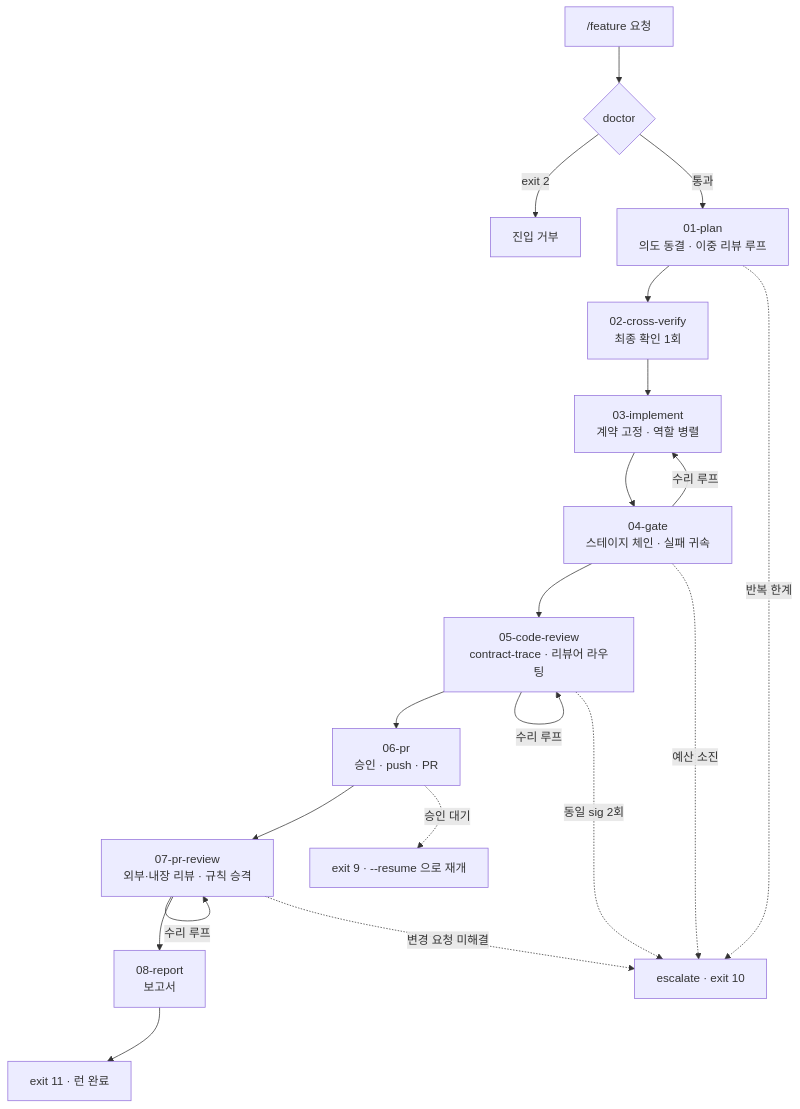
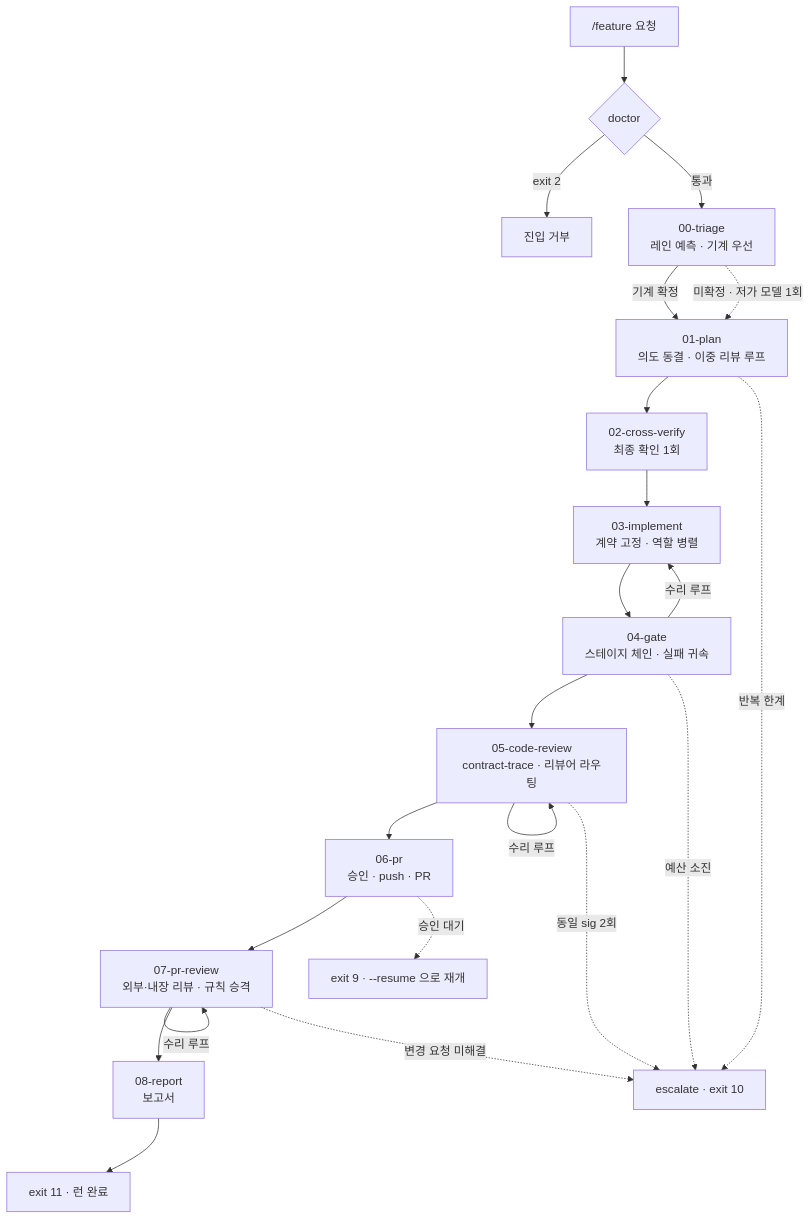
One commit to hyuham1335-stack/harness-template changed the first of 3 diagrams in docs/harness/pipeline/team-spec.md. Above: the diagram before and after it, drawn with Mermaid. The commit also changed other lines of this file and 22 other files, not shown here.

````diff
--- a/docs/harness/pipeline/team-spec.md
+++ b/docs/harness/pipeline/team-spec.md
@@ -53,23 +53,25 @@
 ```mermaid
 flowchart TD
     REQ["/feature 요청"] --> DOC{"doctor"}
     DOC -->|exit 2| STOP["진입 거부"]
-    DOC -->|통과| P1["01-plan<br/>의도 동결 · 이중 리뷰 루프"]
+    DOC -->|통과| P0["00-triage<br/>레인 예측 · 기계 우선"]
+    P0 -->|기계 확정| P1["01-plan<br/>의도 동결 · 이중 리뷰 루프"]
+    P0 -.->|미확정 · 저가 모델 1회| P1
     P1 --> P2["02-cross-verify<br/>최종 확인 1회"]
     P2 --> P3["03-implement<br/>계약 고정 · 역할 병렬"]
     P3 --> P4["04-gate<br/>스테이지 체인 · 실패 귀속"]
     P4 -->|수리 루프| P3
     P4 --> P5["05-code-review<br/>contract-trace · 리뷰어 라우팅"]
     P5 -->|수리 루프| P5
     P5 --> P6["06-pr<br/>승인 · push · PR"]
     P6 --> P7["07-pr-review<br/>외부·내장 리뷰 · 규칙 승격"]
     P7 -->|수리 루프| P7
     P7 --> P8["08-report<br/>보고서"]
     P8 --> DONE["exit 11 · 런 완료"]
 
     P1 -.->|반복 한계| ESC["escalate · exit 10"]
     P4 -.->|예산 소진| ESC
     P5 -.->|동일 sig 2회| ESC
     P7 -.->|변경 요청 미해결| ESC
     P6 -.->|승인 대기| WAIT["exit 9 · --resume 으로 재개"]
 ```
````
